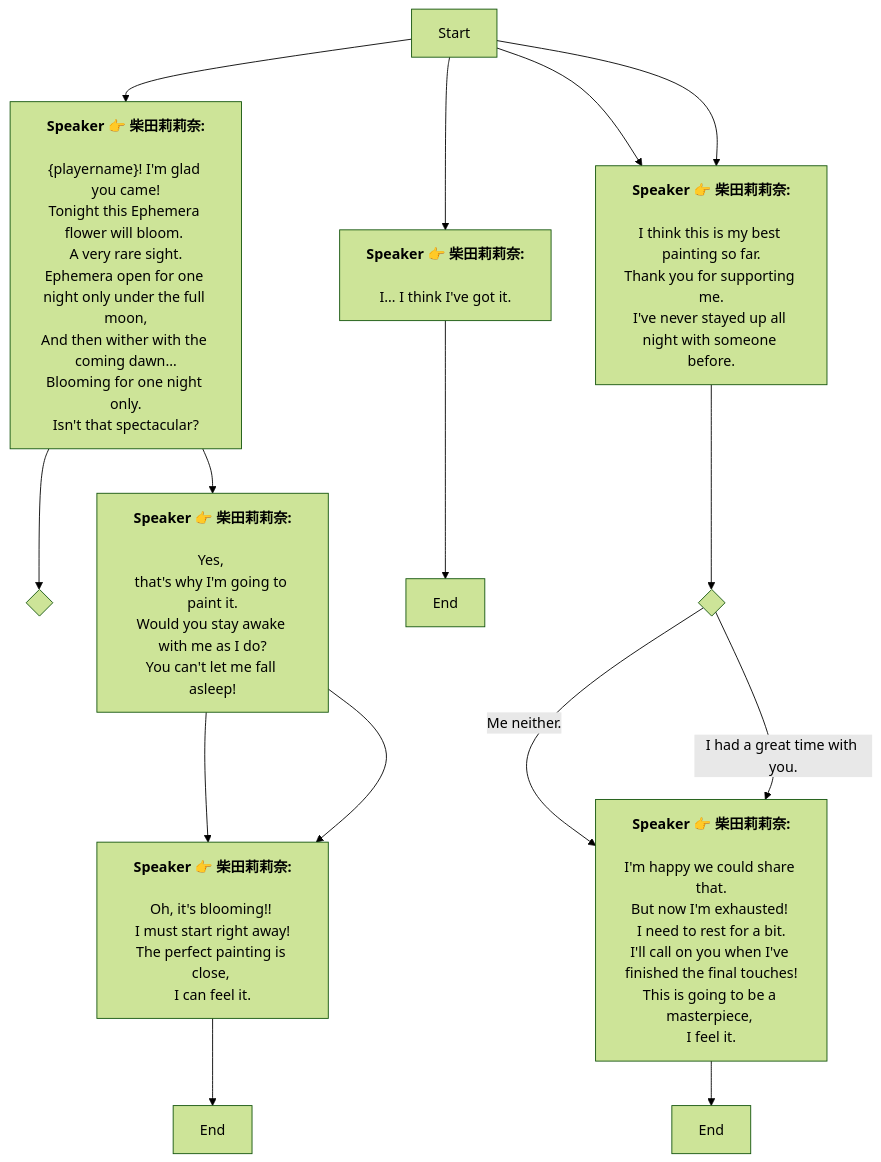
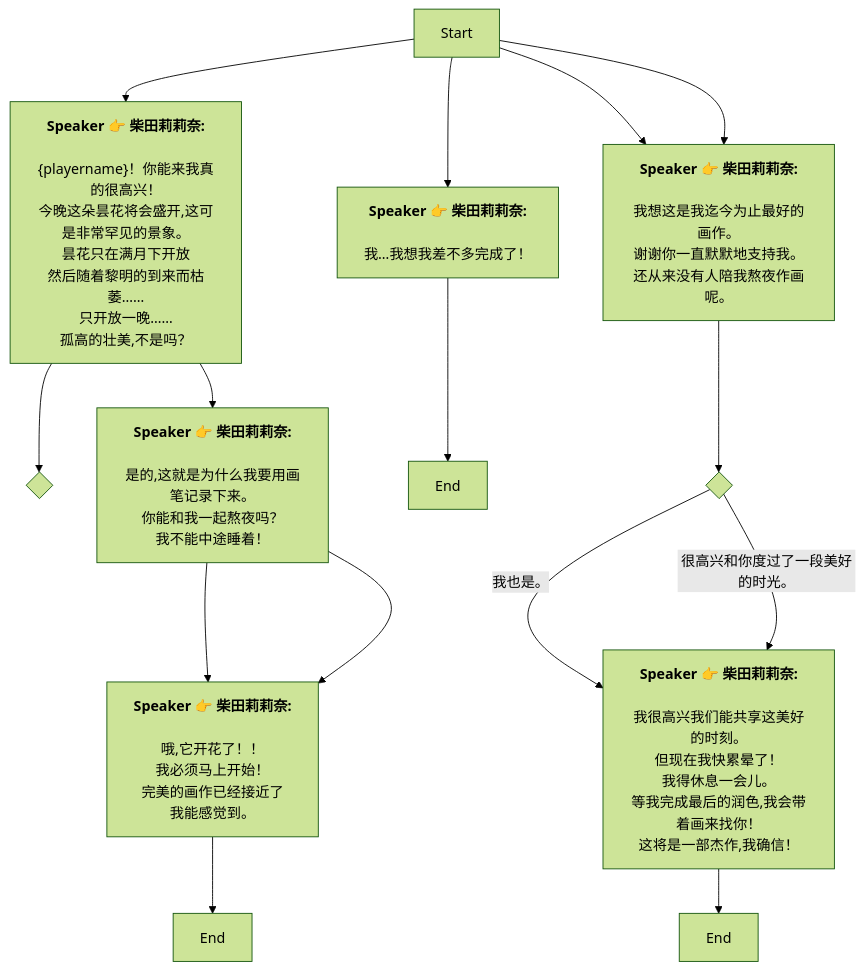
One commit to SoftHu/tos_avg changed the diagram in Zh/heart_4_2_4_5.md. Above: the diagram before and after it, drawn with Mermaid (forest theme). The commit also changed 312 other files, not shown here.

````diff
--- a/Zh/heart_4_2_4_5.md
+++ b/Zh/heart_4_2_4_5.md
@@ -1,65 +1,61 @@
 ```mermaid
 graph
 Start -->1768788757562892[<b>Speaker 👉 柴田莉莉奈:</b>
 
-&lbrace;playername&rbrace;! I'm glad you came!
-Tonight this Ephemera flower will bloom. 
-A very rare sight.
-Ephemera open for one night only under the full moon,
-And then wither with the coming dawn…
-Blooming for one night only.
-Isn't that spectacular?]
+&lbrace;playername&rbrace;！你能来我真的很高兴！
+今晚这朵昙花将会盛开,这可是非常罕见的景象。
+昙花只在满月下开放
+然后随着黎明的到来而枯萎……
+只开放一晚……
+孤高的壮美,不是吗？]
 1768788757562892 -->1768788822053395{ }
 1768788757562892 -->1768788849912340[<b>Speaker 👉 柴田莉莉奈:</b>
 
-Yes, 
-that's why I'm going to paint it.
-Would you stay awake with me as I do?
-You can't let me fall asleep!]
+是的,这就是为什么我要用画笔记录下来。
+你能和我一起熬夜吗？
+我不能中途睡着！]
 1768788849912340 -->1768789001263642[<b>Speaker 👉 柴田莉莉奈:</b>
 
-Oh, it's blooming!! 
-I must start right away!
-The perfect painting is close, 
-I can feel it. ]
+哦,它开花了！！
+我必须马上开始！
+完美的画作已经接近了
+我能感觉到。]
 1768788849912340 -->1768789001263642[<b>Speaker 👉 柴田莉莉奈:</b>
 
-Oh, it's blooming!! 
-I must start right away!
-The perfect painting is close, 
-I can feel it. ]
+哦,它开花了！！
+我必须马上开始！
+完美的画作已经接近了
+我能感觉到。]
 1768789001263642 -->1768789023575579[End]
 Start -->1768789165582878[<b>Speaker 👉 柴田莉莉奈:</b>
 
-I… I think I've got it.]
+我…我想我差不多完成了！]
 1768789165582878 -->1768789177871903[End]
 Start -->1768789204373025[<b>Speaker 👉 柴田莉莉奈:</b>
 
-I think this is my best painting so far.
-Thank you for supporting me.
-I've never stayed up all night with someone before.]
+我想这是我迄今为止最好的画作。
+谢谢你一直默默地支持我。
+还从来没有人陪我熬夜作画呢。]
 Start -->1768789204373025[<b>Speaker 👉 柴田莉莉奈:</b>
 
-I think this is my best painting so far.
-Thank you for supporting me.
-I've never stayed up all night with someone before.]
+我想这是我迄今为止最好的画作。
+谢谢你一直默默地支持我。
+还从来没有人陪我熬夜作画呢。]
 1768789204373025 -->1768789324184107{ }
-1768789324184107 -->|Me neither.|1768789338267180[<b>Speaker 👉 柴田莉莉奈:</b>
+1768789324184107 -->|我也是。|1768789338267180[<b>Speaker 👉 柴田莉莉奈:</b>
 
-I'm happy we could share that.
-But now I'm exhausted! 
-I need to rest for a bit.
-I'll call on you when I've finished the final touches!
-This is going to be a masterpiece, 
-I feel it.]
-1768789324184107 -->|I had a great time with you.|1768789338267180[<b>Speaker 👉 柴田莉莉奈:</b>
+我很高兴我们能共享这美好的时刻。
+但现在我快累晕了！
+我得休息一会儿。
+等我完成最后的润色,我会带着画来找你！
+这将是一部杰作,我确信！]
+1768789324184107 -->|很高兴和你度过了一段美好的时光。|1768789338267180[<b>Speaker 👉 柴田莉莉奈:</b>
 
-I'm happy we could share that.
-But now I'm exhausted! 
-I need to rest for a bit.
-I'll call on you when I've finished the final touches!
-This is going to be a masterpiece, 
-I feel it.]
+我很高兴我们能共享这美好的时刻。
+但现在我快累晕了！
+我得休息一会儿。
+等我完成最后的润色,我会带着画来找你！
+这将是一部杰作,我确信！]
 1768789338267180 -->1768789376245293[End]
 
  ```
````
